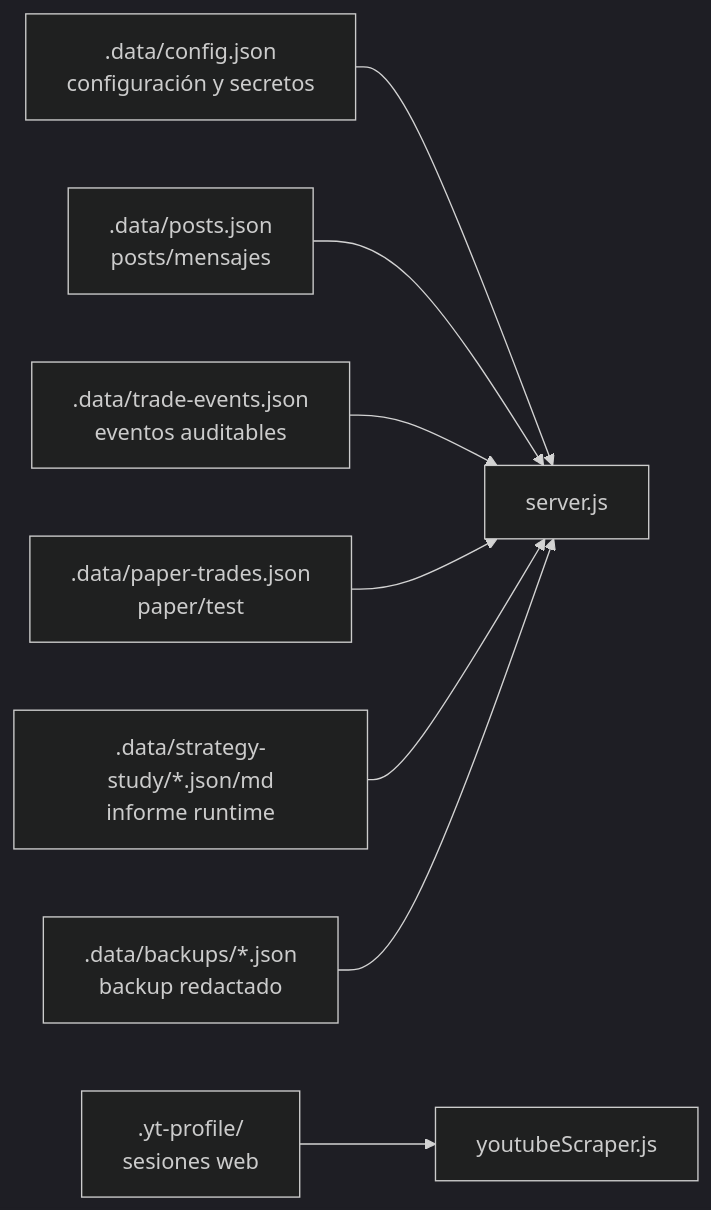
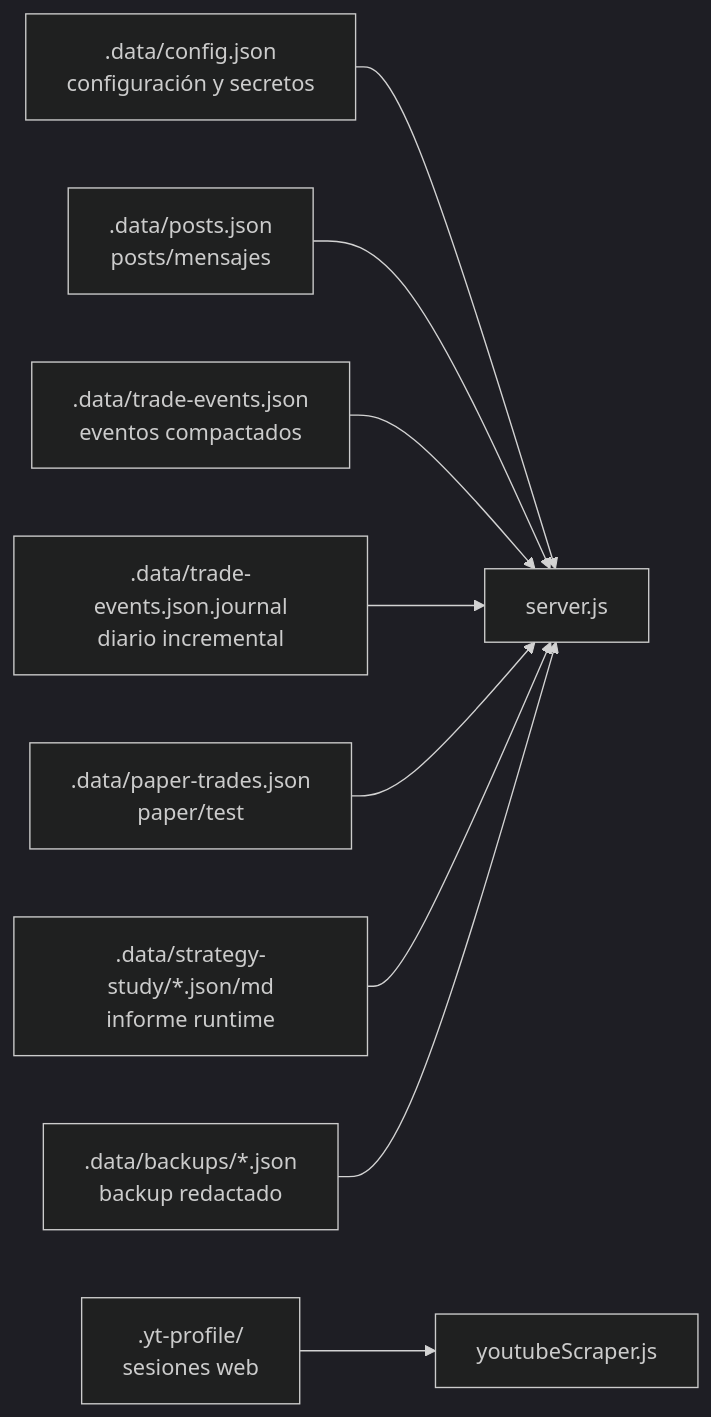
The third of 3 diagrams in docs/ARCHITECTURE.md (JotaTerrasa/yt-members-signal-trader), drawn with Mermaid (dark theme) before and after one commit. The commit also changed other lines of this file and 19 other files, not shown here.

````diff
--- a/docs/ARCHITECTURE.md
+++ b/docs/ARCHITECTURE.md
@@ -81,10 +85,11 @@
 ```mermaid
 flowchart LR
   config[".data/config.json<br/>configuración y secretos"] --> server["server.js"]
   posts[".data/posts.json<br/>posts/mensajes"] --> server
-  events[".data/trade-events.json<br/>eventos auditables"] --> server
+  events[".data/trade-events.json<br/>eventos compactados"] --> server
+  journal[".data/trade-events.json.journal<br/>diario incremental"] --> server
   paper[".data/paper-trades.json<br/>paper/test"] --> server
   study[".data/strategy-study/*.json/md<br/>informe runtime"] --> server
   backups[".data/backups/*.json<br/>backup redactado"] --> server
   profile[".yt-profile/<br/>sesiones web"] --> scraper["youtubeScraper.js"]
 ```
````
